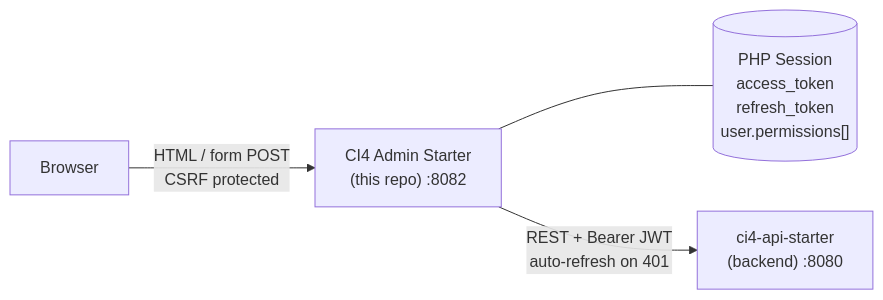
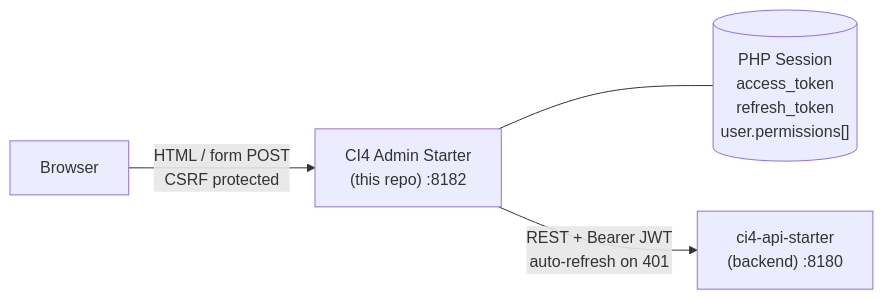
The diagram in README.md (dcardenasl/ci4-admin-starter), drawn with Mermaid before and after one commit. The commit also changed other lines of this file and 30 other files, not shown here.

Commit message:
chore: update default ports (admin 8182, api 8180) and rebuild assets

````diff
--- a/README.md
+++ b/README.md
@@ -11,11 +11,11 @@
 ```mermaid
 flowchart LR
     Browser["Browser"]
-    Admin["CI4 Admin Starter<br/>(this repo) :8082"]
+    Admin["CI4 Admin Starter<br/>(this repo) :8182"]
     Session[("PHP Session<br/>access_token<br/>refresh_token<br/>user.permissions[]")]
-    API["ci4-api-starter<br/>(backend) :8080"]
+    API["ci4-api-starter<br/>(backend) :8180"]
 
     Browser -->|"HTML / form POST<br/>CSRF protected"| Admin
     Admin --- Session
     Admin -->|"REST + Bearer JWT<br/>auto-refresh on 401"| API
 ```
````
